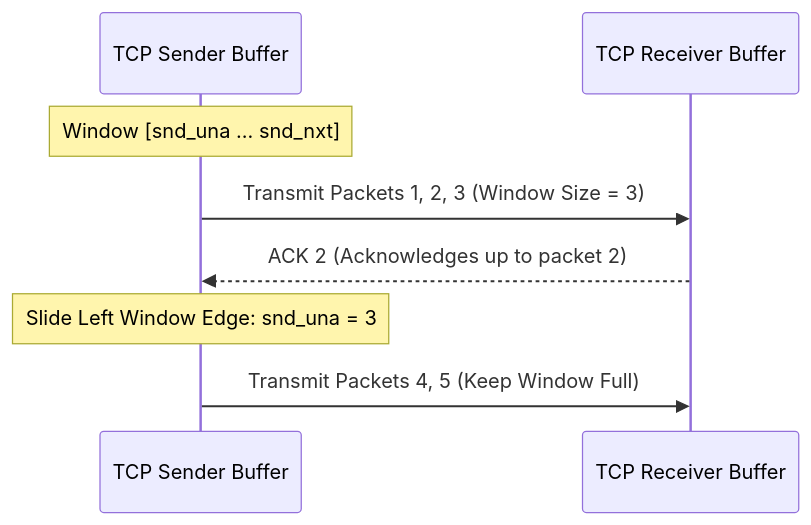
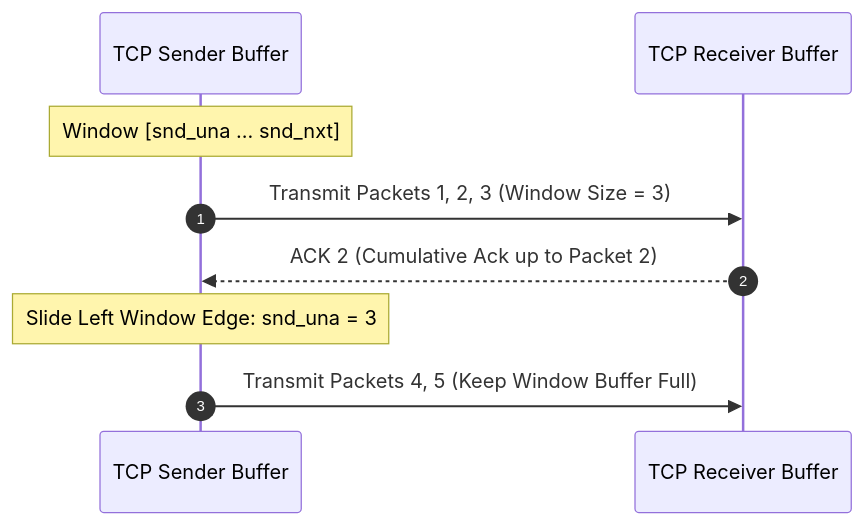
The eighth of 8 diagrams in content/docs/dsa/02-trees-heaps-and-core-patterns/04-two-pointers-and-sliding-window.mdx (1345AbhishekKumar/cs-cookbook), drawn with Mermaid before and after one commit. The commit also changed other lines of this file and 211 other files, not shown here.

````diff
--- a/content/docs/dsa/02-trees-heaps-and-core-patterns/04-two-pointers-and-sliding-window.mdx
+++ b/content/docs/dsa/02-trees-heaps-and-core-patterns/04-two-pointers-and-sliding-window.mdx
@@ -172,11 +346,12 @@
 ```mermaid
 sequenceDiagram
+    autonumber
     participant Sender as TCP Sender Buffer
     participant Receiver as TCP Receiver Buffer
 
     Note over Sender: Window [snd_una ... snd_nxt]
     Sender->>Receiver: Transmit Packets 1, 2, 3 (Window Size = 3)
-    Receiver-->>Sender: ACK 2 (Acknowledges up to packet 2)
+    Receiver-->>Sender: ACK 2 (Cumulative Ack up to Packet 2)
     Note over Sender: Slide Left Window Edge: snd_una = 3
-    Sender->>Receiver: Transmit Packets 4, 5 (Keep Window Full)
+    Sender->>Receiver: Transmit Packets 4, 5 (Keep Window Buffer Full)
 ```
````
